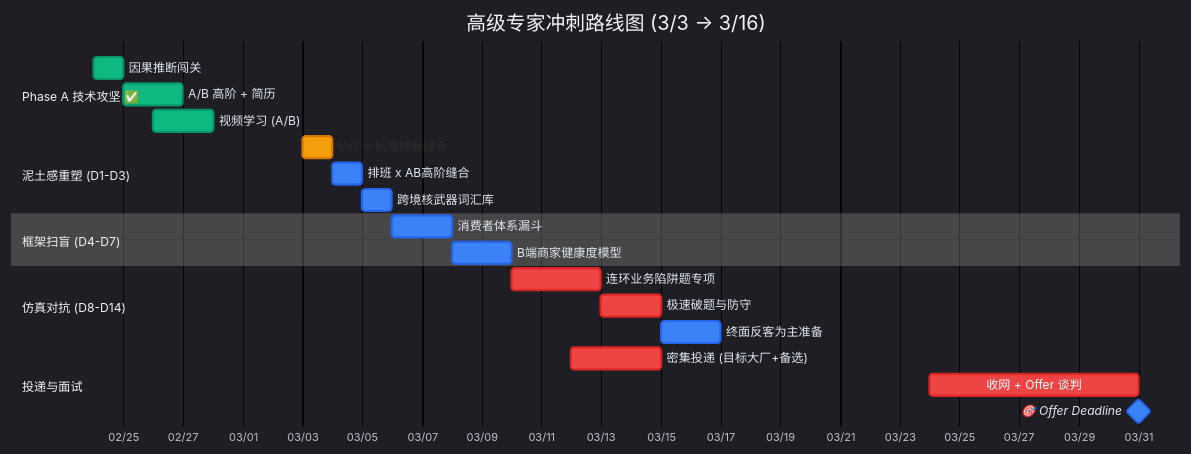
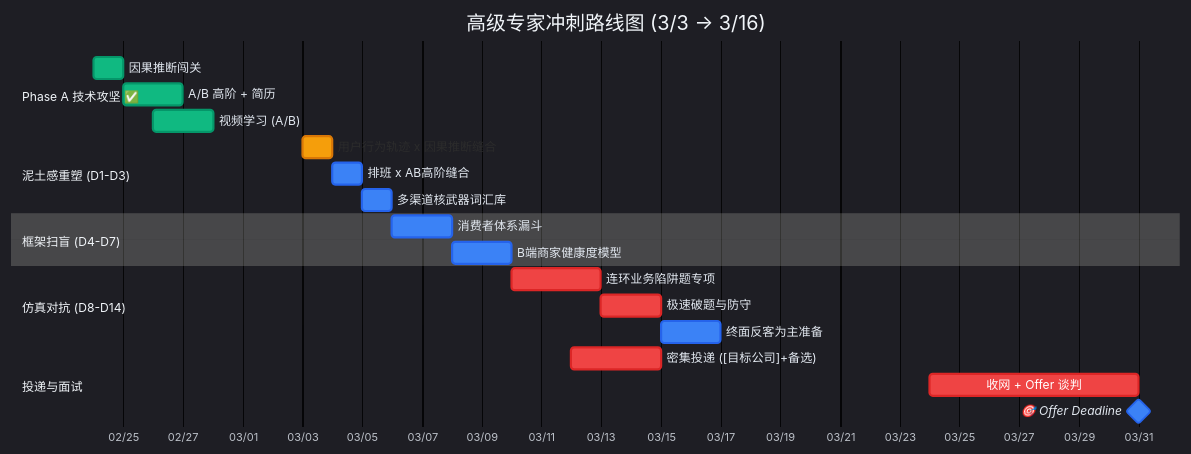
Before and after one commit to XinyuWang98/level-up: the first of 2 diagrams in 02_速查手册/docs/dashboard.md, drawn with Mermaid. The commit also changed other lines of this file and 54 other files, not shown here.

````diff
--- a/02_速查手册/docs/dashboard.md
+++ b/02_速查手册/docs/dashboard.md
@@ -11,32 +11,32 @@
 ```mermaid
 %%{init: {'theme': 'dark', 'themeVariables': {'primaryColor': '#3b82f6', 'primaryTextColor': '#fff', 'primaryBorderColor': '#2563eb', 'secondaryColor': '#f59e0b', 'secondaryTextColor': '#fff', 'secondaryBorderColor': '#d97706', 'tertiaryColor': '#10b981', 'lineColor': '#64748b', 'textColor': '#e2e8f0', 'titleColor': '#f1f5f9', 'sectionBkgColor': 'transparent', 'altSectionBkgColor': 'transparent', 'gridColor': '#475569', 'doneTaskBkgColor': '#10b981', 'doneTaskBorderColor': '#059669', 'activeTaskBkgColor': '#f59e0b', 'activeTaskBorderColor': '#d97706', 'taskBkgColor': '#3b82f6', 'taskBorderColor': '#2563eb', 'taskTextColor': '#ffffff', 'taskTextOutsideColor': '#e2e8f0', 'critBkgColor': '#ef4444', 'critBorderColor': '#dc2626', 'todayLineColor': '#f43f5e'}}}%%
 gantt
     title 高级专家冲刺路线图 (3/3 → 3/16)
     dateFormat YYYY-MM-DD
     axisFormat %m/%d
     todayMarker stroke-width:3px,stroke:#f43f5e
 
     section Phase A 技术攻坚 ✅
     因果推断闯关        :done, a1, 2026-02-24, 1d
     A/B 高阶 + 简历     :done, a2, 2026-02-25, 2d
     视频学习 (A/B)      :done, a3, 2026-02-26, 2d
 
     section 泥土感重塑 (D1-D3)
-    VoC x 因果推断缝合  :active, m1a, 2026-03-03, 1d
+    用户行为轨迹 x 因果推断缝合  :active, m1a, 2026-03-03, 1d
     排班 x AB高阶缝合   :m1b, 2026-03-04, 1d
-    跨境核武器词汇库    :m1c, 2026-03-05, 1d
+    多渠道核武器词汇库    :m1c, 2026-03-05, 1d
 
     section 框架扫盲 (D4-D7)
     消费者体系漏斗      :m2a, 2026-03-06, 2d
     B端商家健康度模型   :m2b, 2026-03-08, 2d
 
     section 仿真对抗 (D8-D14)
     连环业务陷阱题专项  :crit, m3a, 2026-03-10, 3d
     极速破题与防守      :crit, m3b, 2026-03-13, 2d
     终面反客为主准备    :m3c, 2026-03-15, 2d
 
     section 投递与面试
-    密集投递 (目标大厂+备选) :crit, d1, 2026-03-12, 3d
+    密集投递 ([目标公司]+备选) :crit, d1, 2026-03-12, 3d
     收网 + Offer 谈判    :crit, d4, 2026-03-24, 7d
     🎯 Offer Deadline   :milestone, d5, 2026-03-31, 0d
 ```
````
